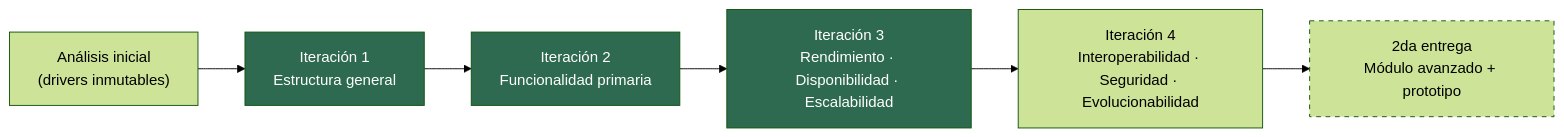
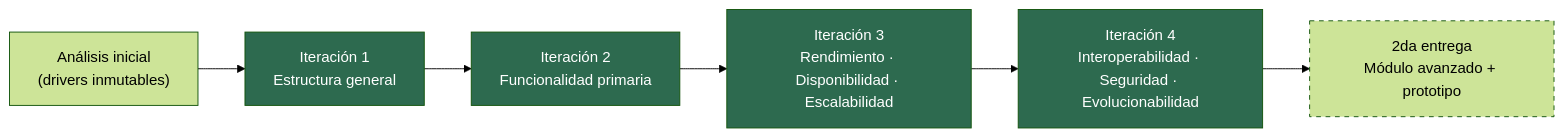
One commit to JereAguilar1/TPE-ing1 changed the diagram in docs/00-gestion/plan-de-iteraciones.md. Above: the diagram before and after it, drawn with Mermaid (forest theme). The commit also changed other lines of this file and 23 other files, not shown here.

````diff
--- a/docs/00-gestion/plan-de-iteraciones.md
+++ b/docs/00-gestion/plan-de-iteraciones.md
@@ -20,14 +20,15 @@
 ```mermaid
 flowchart LR
     AI["Análisis inicial<br/>(drivers inmutables)"] --> I1
     I1["Iteración 1<br/>Estructura general"] --> I2
     I2["Iteración 2<br/>Funcionalidad primaria"] --> I3
     I3["Iteración 3<br/>Rendimiento · Disponibilidad · Escalabilidad"] --> I4
     I4["Iteración 4<br/>Interoperabilidad · Seguridad · Evolucionabilidad"] --> E2
     E2["2da entrega<br/>Módulo avanzado + prototipo"]
 
     style I1 fill:#2d6a4f,color:#fff
     style I2 fill:#2d6a4f,color:#fff
     style I3 fill:#2d6a4f,color:#fff
+    style I4 fill:#2d6a4f,color:#fff
     style E2 stroke-dasharray: 5 5
 ```
````
